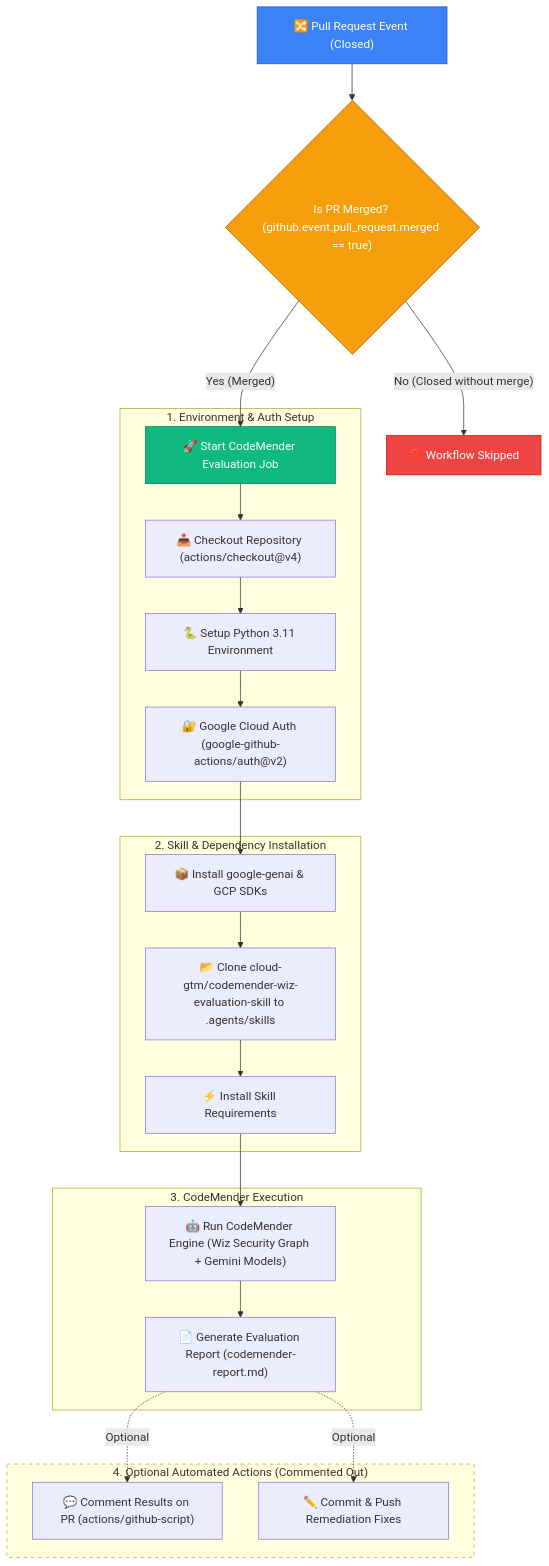
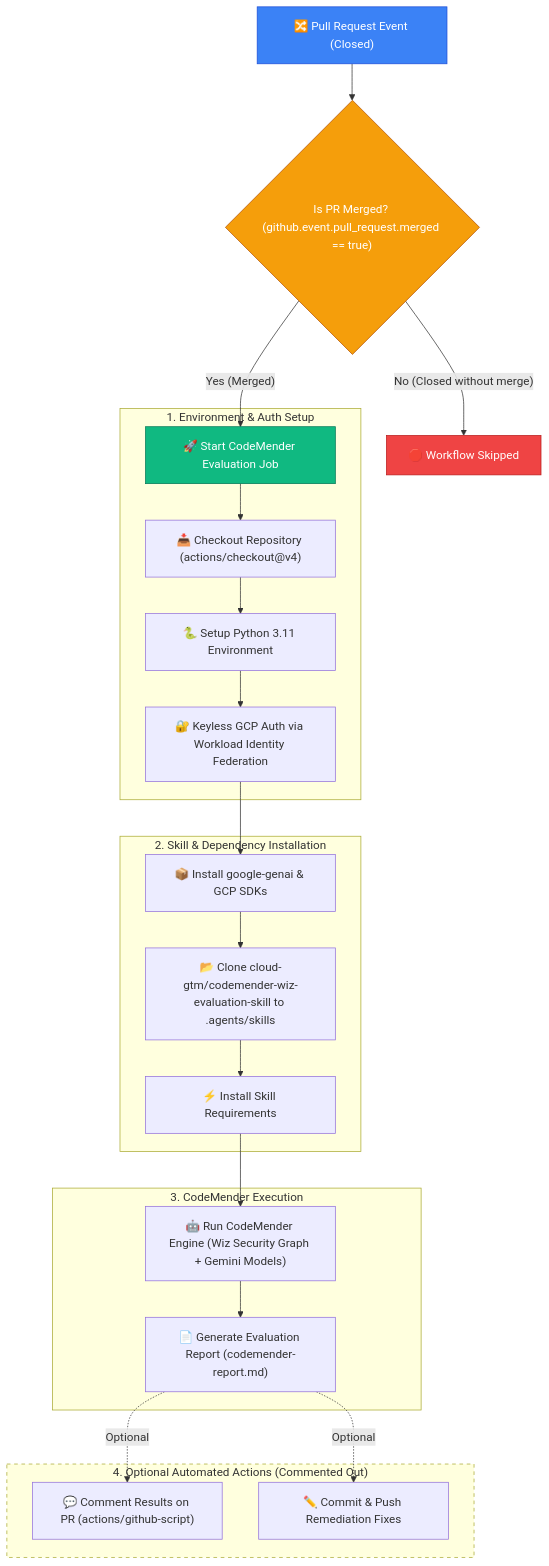
Before and after one commit to vishal84/gce-gen4-isv: the diagram in .github/workflows/README.md, drawn with Mermaid. The commit also changed other lines of this file and 2 other files, not shown here.

````diff
--- a/.github/workflows/README.md
+++ b/.github/workflows/README.md
@@ -11,35 +11,35 @@
 ```mermaid
 flowchart TD
     A["🔀 Pull Request Event (Closed)"] --> B{"Is PR Merged? (github.event.pull_request.merged == true)"}
     
     B -- "No (Closed without merge)" --> C["🛑 Workflow Skipped"]
     B -- "Yes (Merged)" --> D["🚀 Start CodeMender Evaluation Job"]
 
     subgraph Preparation ["1. Environment & Auth Setup"]
         D --> E["📥 Checkout Repository (actions/checkout@v4)"]
         E --> F["🐍 Setup Python 3.11 Environment"]
-        F --> G["🔐 Google Cloud Auth (google-github-actions/auth@v2)"]
+        F --> G["🔐 Keyless GCP Auth via Workload Identity Federation"]
     end
 
     subgraph SkillInstallation ["2. Skill & Dependency Installation"]
         G --> H["📦 Install google-genai & GCP SDKs"]
         H --> I["📂 Clone cloud-gtm/codemender-wiz-evaluation-skill to .agents/skills"]
         I --> J["⚡ Install Skill Requirements"]
     end
 
     subgraph Evaluation ["3. CodeMender Execution"]
         J --> K["🤖 Run CodeMender Engine (Wiz Security Graph + Gemini Models)"]
         K --> L["📄 Generate Evaluation Report (codemender-report.md)"]
     end
 
     subgraph OptionalActions ["4. Optional Automated Actions (Commented Out)"]
         L -. "Optional" .-> M["💬 Comment Results on PR (actions/github-script)"]
         L -. "Optional" .-> N["✏️ Commit & Push Remediation Fixes"]
     end
 
     style A fill:#3b82f6,color:#fff,stroke:#1d4ed8
     style B fill:#f59e0b,color:#fff,stroke:#b45309
     style C fill:#ef4444,color:#fff,stroke:#b91c1c
     style D fill:#10b981,color:#fff,stroke:#047857
     style OptionalActions stroke-dasharray: 5 5
 ```
````
